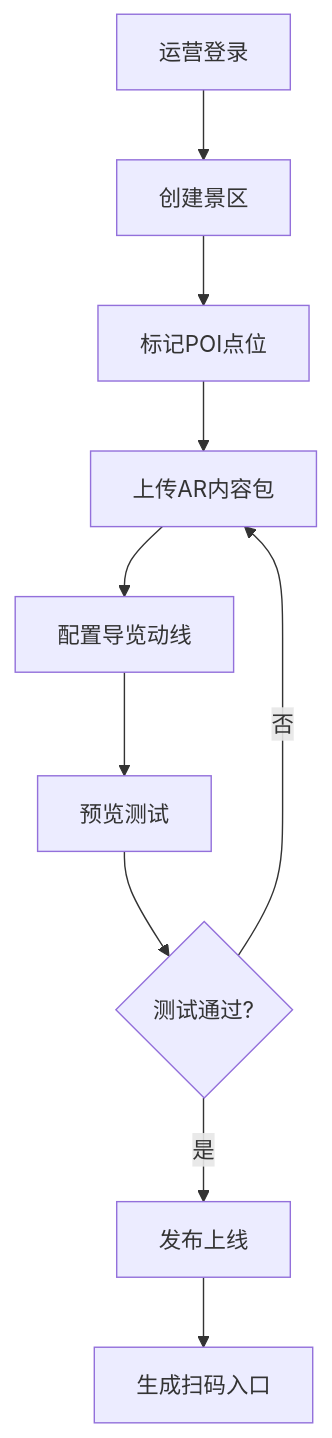
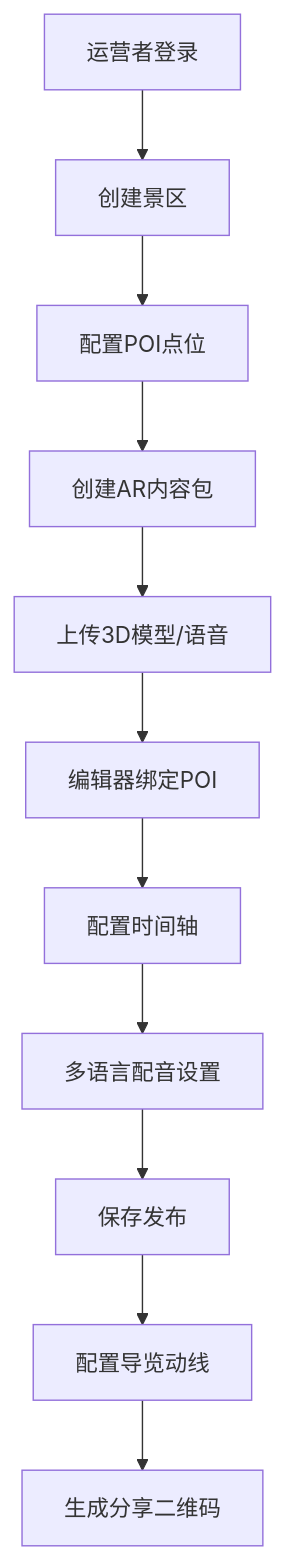
One commit to ccpen199/Trae-solo changed the first of 2 diagrams in .trae/documents/PRD.md. Above: the diagram before and after it, drawn with Mermaid. The commit also changed other lines of this file and 57 other files, not shown here.

````diff
--- a/.trae/documents/PRD.md
+++ b/.trae/documents/PRD.md
@@ -49,12 +58,13 @@
 ```mermaid
 flowchart TD
-    A["运营登录"] --> B["创建景区"]
-    B --> C["标记POI点位"]
-    C --> D["上传AR内容包"]
-    D --> E["配置导览动线"]
-    E --> F["预览测试"]
-    F --> G{"测试通过?"}
-    G -->|否| D
-    G -->|是| H["发布上线"]
-    H --> I["生成扫码入口"]
+    A["运营者登录"] --> B["创建景区"]
+    B --> C["配置POI点位"]
+    C --> D["创建AR内容包"]
+    D --> E["上传3D模型/语音"]
+    E --> F["编辑器绑定POI"]
+    F --> G["配置时间轴"]
+    G --> H["多语言配音设置"]
+    H --> I["保存发布"]
+    I --> J["配置导览动线"]
+    J --> K["生成分享二维码"]
 ```
````
